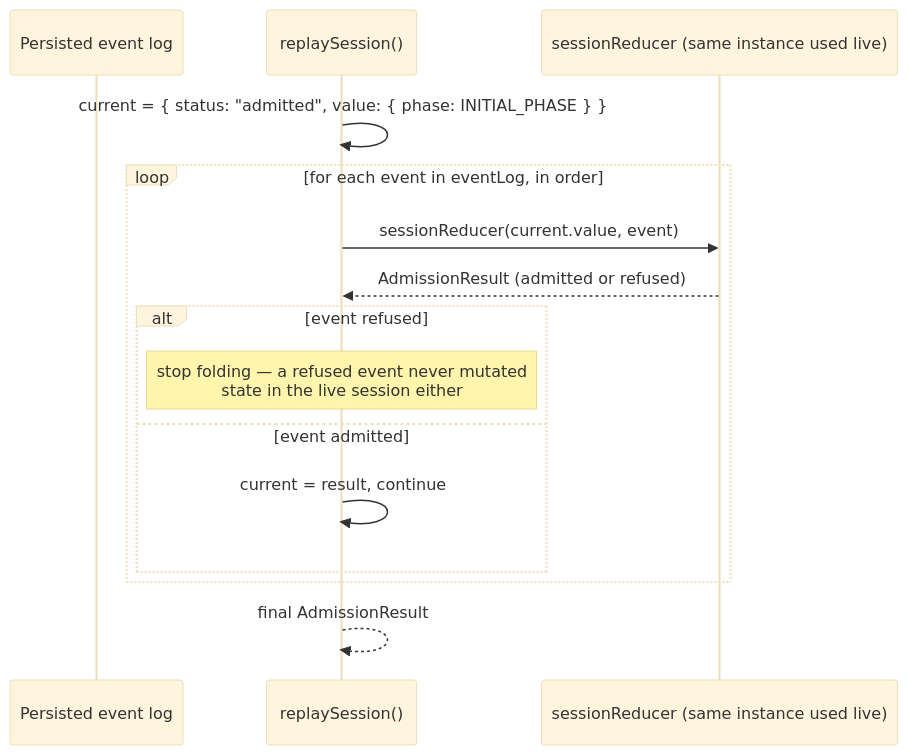
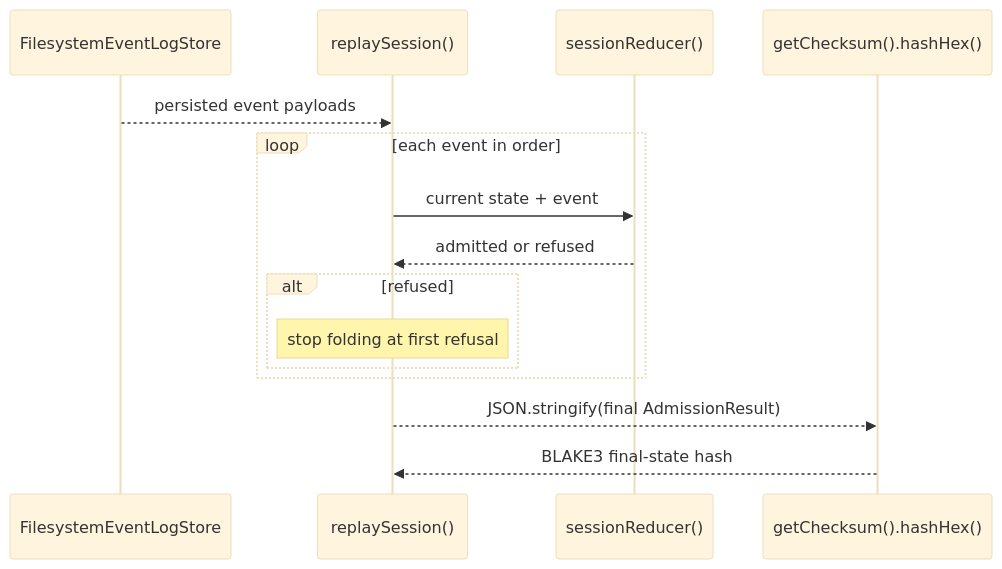
Before and after one commit to seanchatmangpt/wasm4pm: the third of 3 diagrams in docs/diagrams/sequence-receipt-replay.md, drawn with Mermaid (base theme). The commit also changed other lines of this file, not shown here.

Commit message:
docs: correct receipt and replay sequence

````diff
--- a/docs/diagrams/sequence-receipt-replay.md
+++ b/docs/diagrams/sequence-receipt-replay.md
@@ -35,18 +68,18 @@
 ```mermaid
 sequenceDiagram
-    participant Log as Persisted event log
+    participant Store as FilesystemEventLogStore
     participant Replay as replaySession()
-    participant Reducer as sessionReducer (same instance used live)
+    participant Reducer as sessionReducer()
+    participant Hash as getChecksum().hashHex()
 
-    Replay->>Replay: current = { status: "admitted", value: { phase: INITIAL_PHASE } }
-    loop for each event in eventLog, in order
-        Replay->>Reducer: sessionReducer(current.value, event)
-        Reducer-->>Replay: AdmissionResult (admitted or refused)
-        alt event refused
-            Note over Replay: stop folding — a refused event never mutated<br/>state in the live session either
-        else event admitted
-            Replay->>Replay: current = result, continue
+    Store-->>Replay: persisted event payloads
+    loop each event in order
+        Replay->>Reducer: current state + event
+        Reducer-->>Replay: admitted or refused
+        alt refused
+            Note over Replay: stop folding at first refusal
         end
     end
-    Replay-->>Replay: final AdmissionResult
+    Replay-->>Hash: JSON.stringify(final AdmissionResult)
+    Hash-->>Replay: BLAKE3 final-state hash
 ```
````
